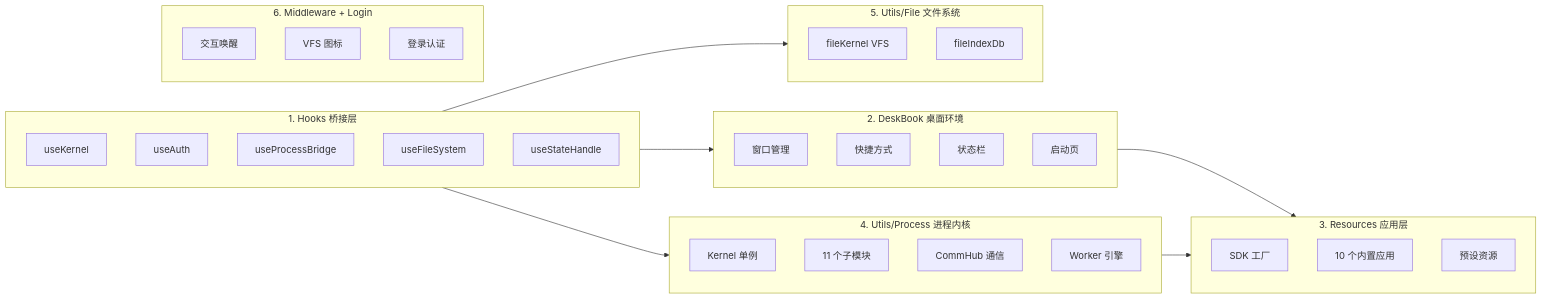
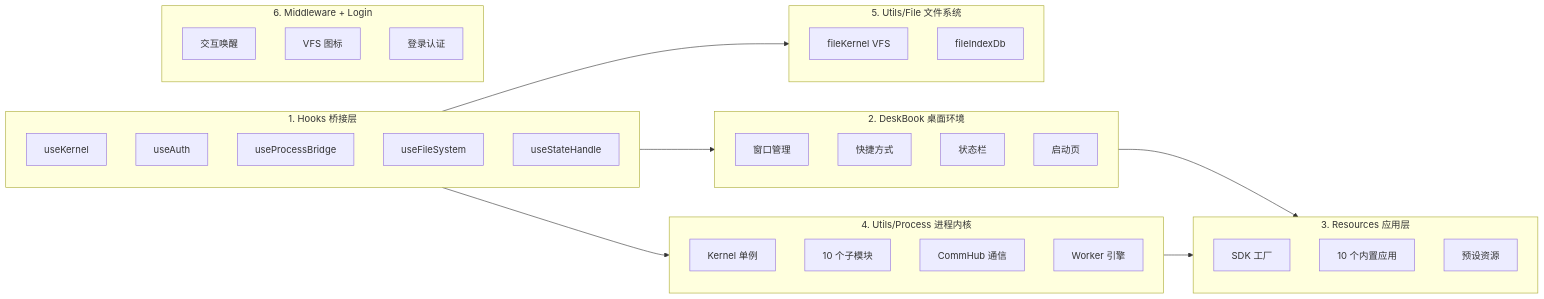
The second of 4 diagrams in docs/module/00-overview.md (suluwanqing/sukinOS), drawn with Mermaid before and after one commit. The commit also changed other lines of this file and 31 other files, not shown here.

````diff
--- a/docs/module/00-overview.md
+++ b/docs/module/00-overview.md
@@ -220,47 +142,47 @@
 ```mermaid
 graph LR
     subgraph M1["1. Hooks 桥接层"]
         H1[useKernel]
         H2[useAuth]
         H3[useProcessBridge]
         H4[useFileSystem]
         H5[useStateHandle]
     end
 
     subgraph M2["2. DeskBook 桌面环境"]
         D1[窗口管理]
         D2[快捷方式]
         D3[状态栏]
         D4[启动页]
     end
 
     subgraph M3["3. Resources 应用层"]
         R1[SDK 工厂]
         R2[10 个内置应用]
         R3[预设资源]
     end
 
     subgraph M4["4. Utils/Process 进程内核"]
         K1[Kernel 单例]
-        K2[11 个子模块]
+        K2[10 个子模块]
         K3[CommHub 通信]
         K4[Worker 引擎]
     end
 
     subgraph M5["5. Utils/File 文件系统"]
         F1[fileKernel VFS]
         F2[fileIndexDb]
     end
 
     subgraph M6["6. Middleware + Login"]
         MW1[交互唤醒]
         MW2[VFS 图标]
         MW3[登录认证]
     end
 
     M1 --> M4
     M1 --> M5
     M1 --> M2
     M2 --> M3
     M4 --> M3
 ```
````
